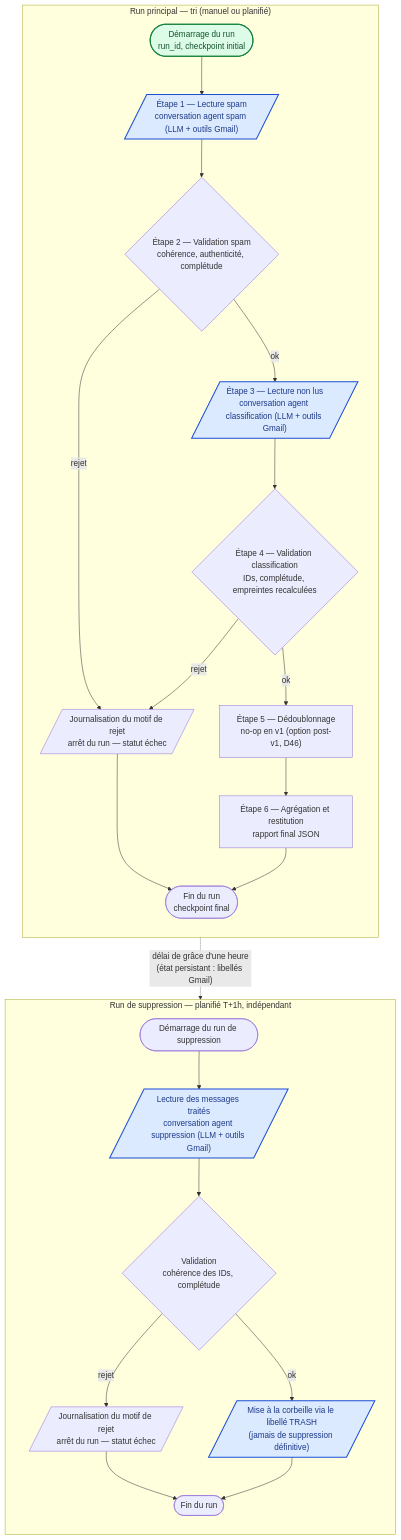
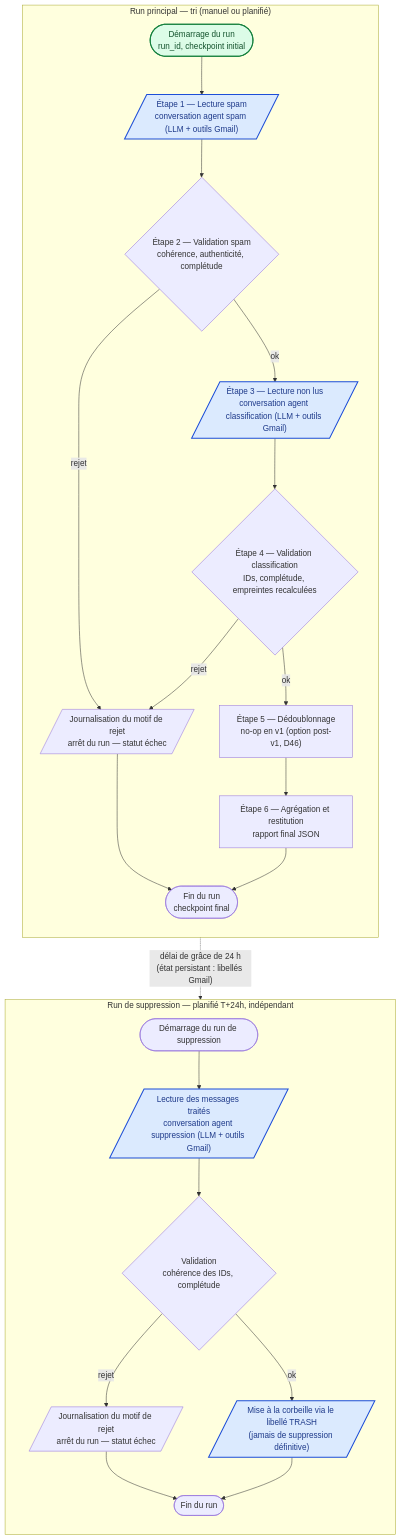
One commit to Moanova/gmailAgent changed the diagram in docs/design/workflow.md. Above: the diagram before and after it, drawn with Mermaid. The commit also changed other lines of this file and 16 other files, not shown here.

First line of the commit message:
fix(suppression): D47 — notification seule éligible, délai 24h, requête OR

````diff
--- a/docs/design/workflow.md
+++ b/docs/design/workflow.md
@@ -22,49 +22,49 @@
 ```mermaid
 flowchart TD
     subgraph RUN["Run principal — tri (manuel ou planifié)"]
         direction TB
         A0(["Démarrage du run<br/>run_id, checkpoint initial"]):::prog
         A1[/"Étape 1 — Lecture spam<br/>conversation agent spam (LLM + outils Gmail)"/]:::agent
         A2{"Étape 2 — Validation spam<br/>cohérence, authenticité, complétude"}
         A3[/"Étape 3 — Lecture non lus<br/>conversation agent classification (LLM + outils Gmail)"/]:::agent
         A4{"Étape 4 — Validation classification<br/>IDs, complétude, empreintes recalculées"}
         A5["Étape 5 — Dédoublonnage<br/>no-op en v1 (option post-v1, D46)"]
         A6["Étape 6 — Agrégation et restitution<br/>rapport final JSON"]
         A7(["Fin du run<br/>checkpoint final"])
         RJ[/"Journalisation du motif de rejet<br/>arrêt du run — statut échec"/]
 
         A0 --> A1
         A1 --> A2
         A2 -- "ok" --> A3
         A2 -- "rejet" --> RJ
         A3 --> A4
         A4 -- "ok" --> A5
         A4 -- "rejet" --> RJ
         RJ --> A7
         A5 --> A6
         A6 --> A7
     end
 
-    subgraph SUP["Run de suppression — planifié T+1h, indépendant"]
+    subgraph SUP["Run de suppression — planifié T+24h, indépendant"]
         direction TB
         S0(["Démarrage du run de suppression"])
         S1[/"Lecture des messages traités<br/>conversation agent suppression (LLM + outils Gmail)"/]:::agent
         S2{"Validation<br/>cohérence des IDs, complétude"}
         S3[/"Mise à la corbeille via le libellé TRASH<br/>(jamais de suppression définitive)"/]:::agent
         S4(["Fin du run"])
         SR[/"Journalisation du motif de rejet<br/>arrêt du run — statut échec"/]
 
         S0 --> S1
         S1 --> S2
         S2 -- "ok" --> S3
         S2 -- "rejet" --> SR
         SR --> S4
         S3 --> S4
     end
 
-    A7 -. "délai de grâce d'une heure<br/>(état persistant : libellés Gmail)" .-> S0
+    A7 -. "délai de grâce de 24 h<br/>(état persistant : libellés Gmail)" .-> S0
 
     classDef agent fill:#dbeafe,stroke:#1d4ed8,stroke-width:2px,color:#1e3a8a;
     classDef prog fill:#dcfce7,stroke:#15803d,stroke-width:2px,color:#14532d;
     classDef agent stroke-width:2px;
 ```
````
